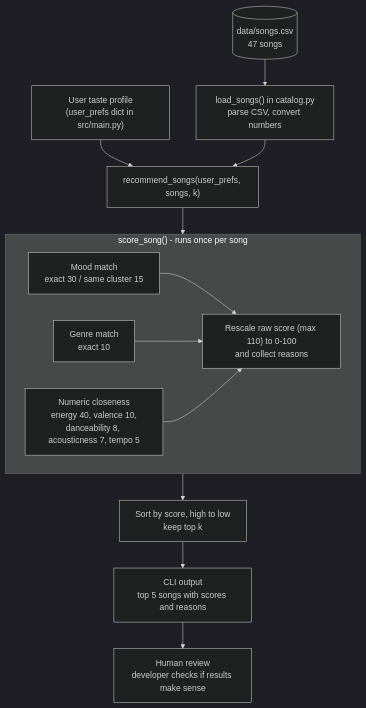
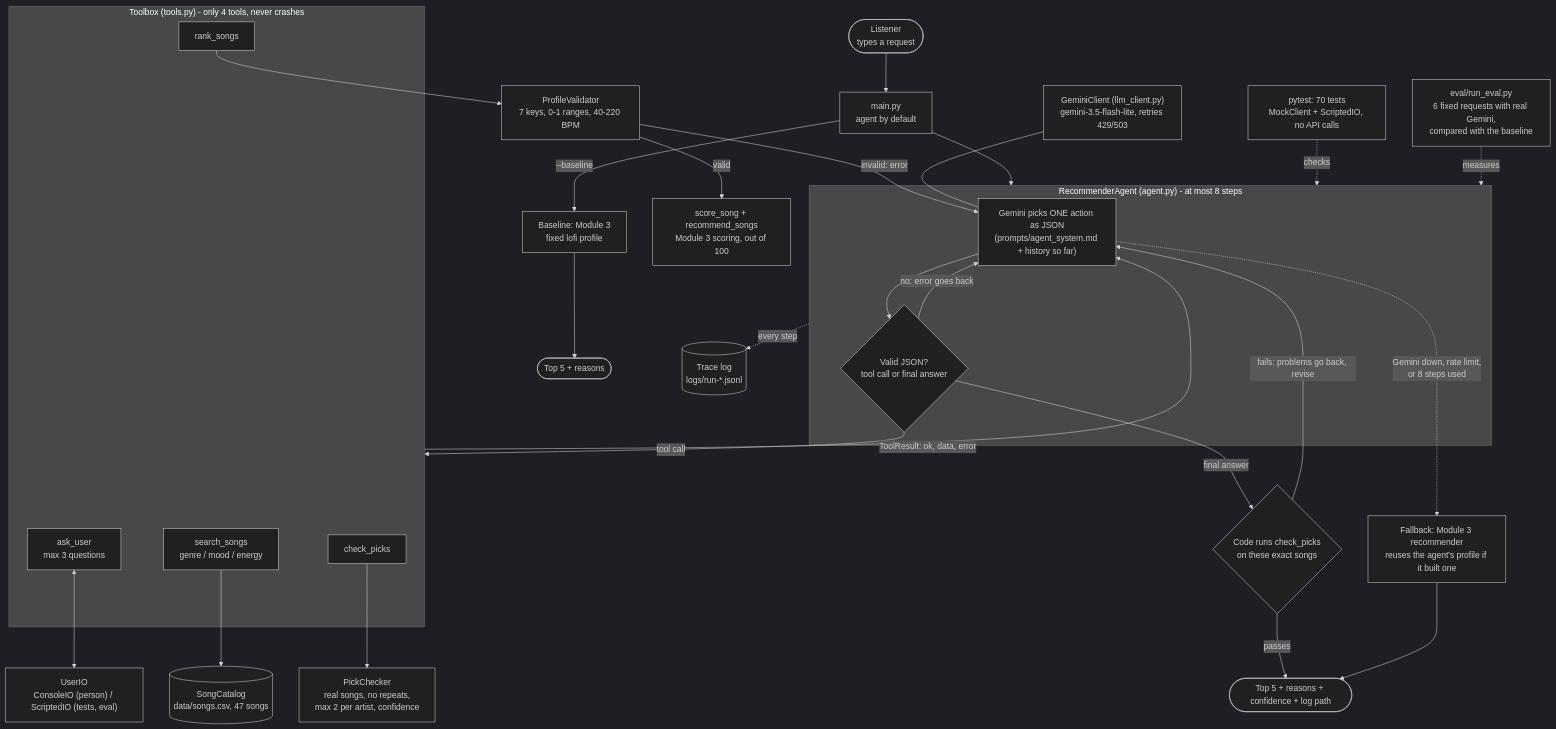
The diagram in diagrams/architecture.mmd (irodriguez2011/applied-ai-system-final), drawn with Mermaid (dark theme) before and after one commit. The commit also changed 2 other files, not shown here.

Commit message:
docs(diagrams): redraw the architecture and add a data-flow diagram
architecture.mmd now matches the agent as built: main.py, the agent
loop, the 4-tool Toolbox, guardrails and Module 3 scoring, the code's
self-check, the fallback, the trace log, the tests and the evaluator.
architecture.png is a rendered copy for slides and viewers that don't
render Mermaid.

data_flow.mmd is a simplified view of one run, corrected so Gemini
chooses the songs before the code checks them, and the fallback also
runs after 8 steps.

```diff
--- a/diagrams/architecture.mmd
+++ b/diagrams/architecture.mmd
@@ -1,23 +1,42 @@
-%% System architecture: VibeMatch music recommender
-%% Base version (Module 3). This diagram shows the system as it runs today.
-%% It will be updated when the new AI feature is added.
+%% System architecture: VibeMatch 2.0 (Project 4)
+%% Matches the code on 2026-11-18. The AI decides what to do; Python scores and checks.
 flowchart TD
-    U["User taste profile<br/>(user_prefs dict in src/main.py)"] --> R
-    CSV[("data/songs.csv<br/>47 songs")] --> L["load_songs() in catalog.py<br/>parse CSV, convert numbers"]
-    L --> R["recommend_songs(user_prefs, songs, k)"]
+    U(["Listener<br/>types a request"]) --> MAIN["main.py<br/>agent by default"]
+    MAIN -- "--baseline" --> BASE["Baseline: Module 3<br/>fixed lofi profile"]
 
-    subgraph Scoring["score_song() - runs once per song"]
-        M["Mood match<br/>exact 30 / same cluster 15"]
-        G["Genre match<br/>exact 10"]
-        N["Numeric closeness<br/>energy 40, valence 10,<br/>danceability 8, acousticness 7, tempo 5"]
-        S["Rescale raw score (max 110) to 0-100<br/>and collect reasons"]
-        M --> S
-        G --> S
-        N --> S
+    MAIN --> AGENT
+    subgraph AGENT["RecommenderAgent (agent.py) - at most 8 steps"]
+        PLAN["Gemini picks ONE action as JSON<br/>(prompts/agent_system.md + history so far)"]
+        PARSE{"Valid JSON?<br/>tool call or final answer"}
+        PLAN --> PARSE
+        PARSE -- "no: error goes back" --> PLAN
     end
 
-    R --> Scoring
-    Scoring --> K["Sort by score, high to low<br/>keep top k"]
-    K --> O["CLI output<br/>top 5 songs with scores and reasons"]
+    PARSE -- "tool call" --> TB
+    subgraph TB["Toolbox (tools.py) - only 4 tools, never crashes"]
+        ASK["ask_user<br/>max 3 questions"]
+        SEARCH["search_songs<br/>genre / mood / energy"]
+        RANK["rank_songs"]
+        CHECK["check_picks"]
+    end
+    ASK <--> IO["UserIO<br/>ConsoleIO (person) / ScriptedIO (tests, eval)"]
+    SEARCH --> CAT[("SongCatalog<br/>data/songs.csv, 47 songs")]
+    RANK --> PV["ProfileValidator<br/>7 keys, 0-1 ranges, 40-220 BPM"]
+    PV -- "valid" --> SCORE["score_song + recommend_songs<br/>Module 3 scoring, out of 100"]
+    PV -- "invalid: error" --> PLAN
+    CHECK --> PC["PickChecker<br/>real songs, no repeats,<br/>max 2 per artist, confidence"]
+    TB -- "ToolResult: ok, data, error" --> PLAN
 
-    O --> H["Human review<br/>developer checks if results make sense"]
+    PARSE -- "final answer" --> SELF{"Code runs check_picks<br/>on these exact songs"}
+    SELF -- "fails: problems go back, revise" --> PLAN
+    SELF -- "passes" --> OUT(["Top 5 + reasons + confidence + log path"])
+
+    PLAN -. "Gemini down, rate limit,<br/>or 8 steps used" .-> FB["Fallback: Module 3 recommender<br/>reuses the agent's profile if it built one"]
+    FB --> OUT
+    BASE --> OUT2(["Top 5 + reasons"])
+
+    AGENT -. "every step" .-> LOG[("Trace log<br/>logs/run-*.jsonl")]
+    LLM["GeminiClient (llm_client.py)<br/>gemini-3.5-flash-lite, retries 429/503"] --- PLAN
+
+    TESTS["pytest: 70 tests<br/>MockClient + ScriptedIO, no API calls"] -. "checks" .-> AGENT
+    EVAL["eval/run_eval.py<br/>6 fixed requests with real Gemini,<br/>compared with the baseline"] -. "measures" .-> AGENT
```
